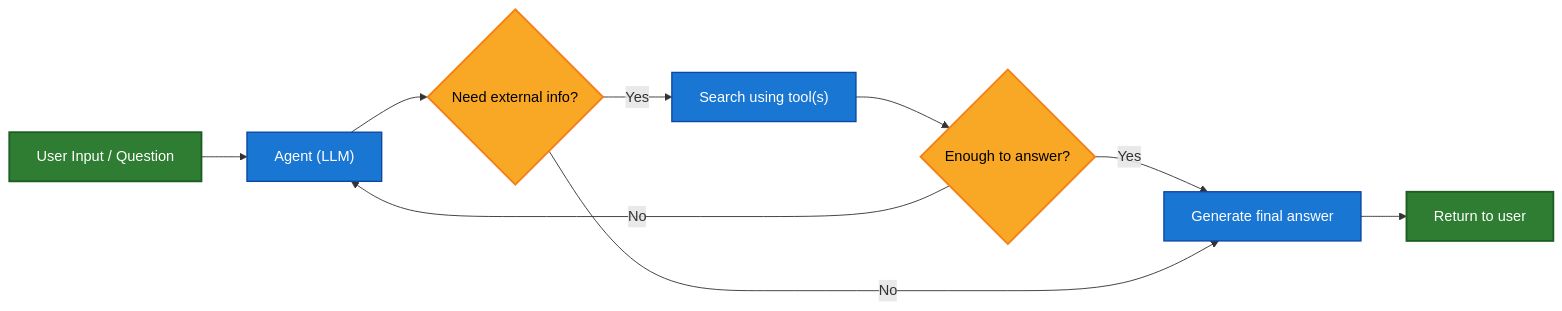
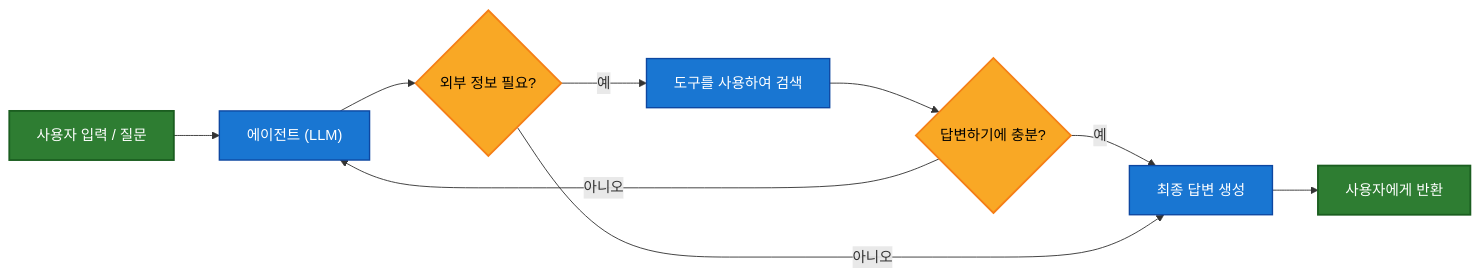
The third of 4 diagrams in src-ko/oss/langchain/retrieval.mdx (jeongsk/langchain-docs), drawn with Mermaid before and after one commit. The commit also changed other lines of this file and 20 other files, not shown here.

````diff
--- a/src-ko/oss/langchain/retrieval.mdx
+++ b/src-ko/oss/langchain/retrieval.mdx
@@ -173,20 +179,20 @@
 ```mermaid
 graph LR
-    A[User Input / Question] --> B["Agent (LLM)"]
-    B --> C{Need external info?}
-    C -- Yes --> D["Search using tool(s)"]
-    D --> H{Enough to answer?}
-    H -- No --> B
-    H -- Yes --> I[Generate final answer]
-    C -- No --> I
-    I --> J[Return to user]
+    A[사용자 입력 / 질문] --> B["에이전트 (LLM)"]
+    B --> C{외부 정보 필요?}
+    C -- 예 --> D["도구를 사용하여 검색"]
+    D --> H{답변하기에 충분?}
+    H -- 아니오 --> B
+    H -- 예 --> I[최종 답변 생성]
+    C -- 아니오 --> I
+    I --> J[사용자에게 반환]
 
     %% Dark-mode friendly styling
     classDef startend fill:#2e7d32,stroke:#1b5e20,stroke-width:2px,color:#fff
     classDef decision fill:#f9a825,stroke:#f57f17,stroke-width:2px,color:#000
     classDef process fill:#1976d2,stroke:#0d47a1,stroke-width:1.5px,color:#fff
 
     class A,J startend
     class B,D,I process
     class C,H decision
 ```
````
